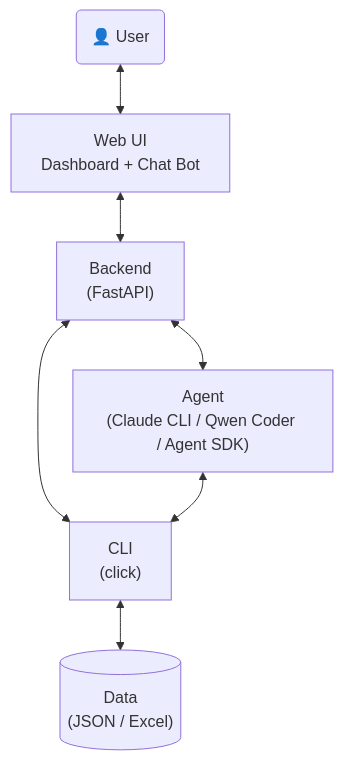
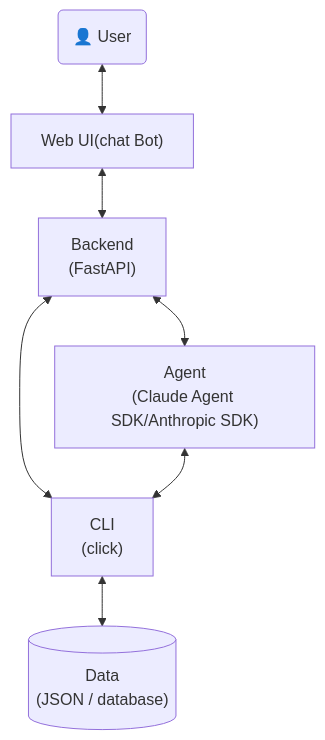
The diagram in system-prompt/agent-design-pattern.md (JoeyAssistant/skill-repo), drawn with Mermaid before and after one commit. The commit also changed other lines of this file, not shown here.

Commit message:
update agent design pattern

````diff
--- a/system-prompt/agent-design-pattern.md
+++ b/system-prompt/agent-design-pattern.md
@@ -4,16 +6,16 @@
 ```mermaid
 graph TD
     User("👤 User")
-    WebUI["Web UI<br/>Dashboard + Chat Bot"]
+    WebUI["Web UI(chat Bot)"]
     Backend["Backend<br/>(FastAPI)"]
-    Agent["Agent<br/>(Claude CLI / Qwen Coder / Agent SDK)"]
+    Agent["Agent<br/>(Claude Agent SDK/Anthropic SDK)"]
     CLI["CLI<br/>(click)"]
-    Data[("Data<br/>(JSON / Excel)")]
+    Data[("Data<br/>(JSON / database)")]
 
     User <--> WebUI
     WebUI <--> Backend
     Backend <--> Agent
     Backend <--> CLI
     Agent <--> CLI
     CLI <--> Data
 ```
````
